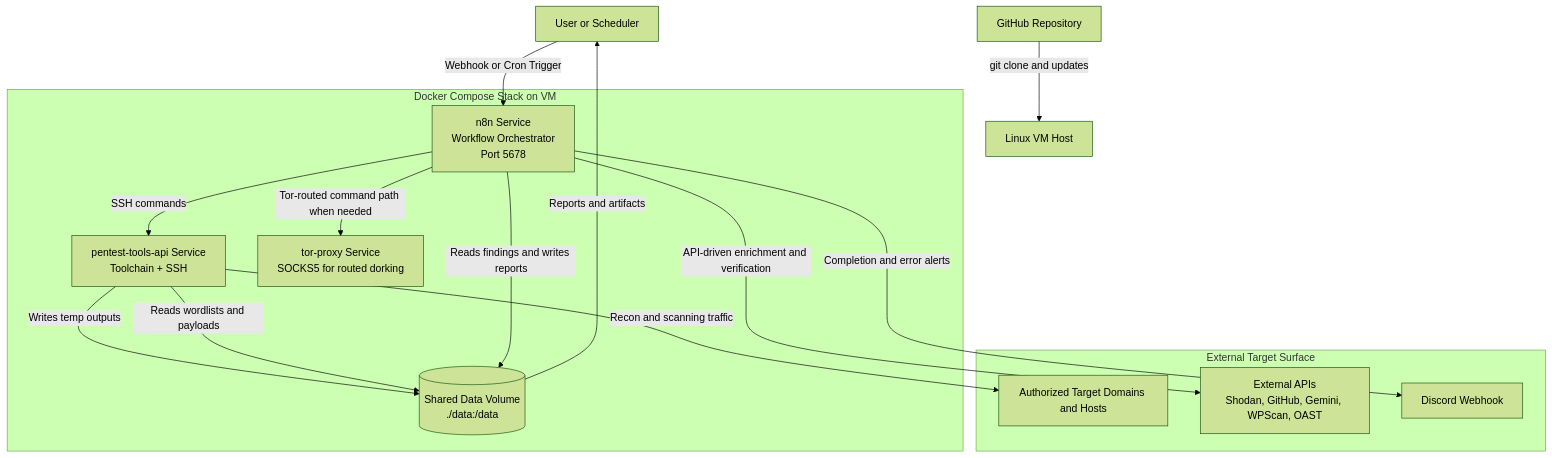
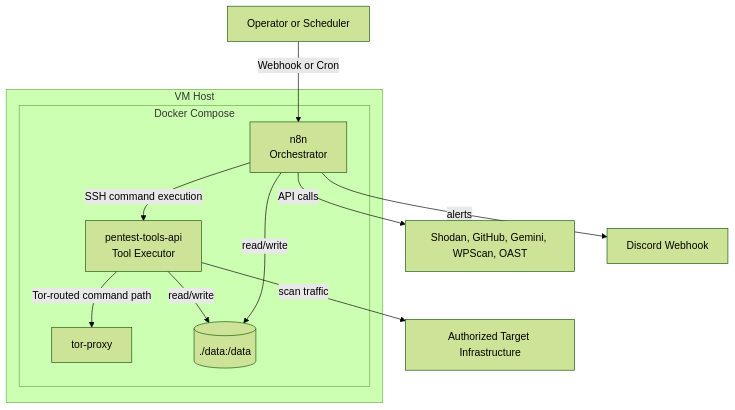
One commit to Shenal01/Hacksm-AutoRecon changed the diagram in TEMP_ARCHITECTURE_EXPLANATION.md. Above: the diagram before and after it, drawn with Mermaid (forest theme). The commit also changed other lines of this file and 1 other file, not shown here.

Commit message:
docs: align architecture diagrams with actual workflow behavior

````diff
--- a/TEMP_ARCHITECTURE_EXPLANATION.md
+++ b/TEMP_ARCHITECTURE_EXPLANATION.md
@@ -45,35 +46,23 @@
 ```mermaid
 flowchart TB
-  U[User or Scheduler]
-  GH[GitHub Repository]
-  VM[Linux VM Host]
+    U[Operator or Scheduler] -->|Webhook or Cron| N8N
 
-  subgraph VMStack[Docker Compose Stack on VM]
-    N8N[n8n Service\nWorkflow Orchestrator\nPort 5678]
-    TOOLS[pentest-tools-api Service\nToolchain + SSH]
-    TOR[tor-proxy Service\nSOCKS5 for routed dorking]
-    VOL[(Shared Data Volume\n./data:/data)]
-  end
+    subgraph VM[VM Host]
+        subgraph DC[Docker Compose]
+            N8N[n8n\nOrchestrator]
+            TOOLS[pentest-tools-api\nTool Executor]
+            TOR[tor-proxy]
+            VOL[(./data:/data)]
+        end
+    end
 
-  subgraph TargetWorld[External Target Surface]
-    TGT[Authorized Target Domains and Hosts]
-    APIs[External APIs\nShodan, GitHub, Gemini, WPScan, OAST]
-    DISCORD[Discord Webhook]
-  end
+    N8N -->|SSH command execution| TOOLS
+    TOOLS -->|Tor-routed command path| TOR
 
-  U -->|Webhook or Cron Trigger| N8N
-  GH -->|git clone and updates| VM
+    TOOLS -->|read/write| VOL
+    N8N -->|read/write| VOL
 
-  N8N -->|SSH commands| TOOLS
-  N8N -->|Tor-routed command path when needed| TOR
-
-  TOOLS -->|Writes temp outputs| VOL
-  TOOLS -->|Reads wordlists and payloads| VOL
-  N8N -->|Reads findings and writes reports| VOL
-
-  TOOLS -->|Recon and scanning traffic| TGT
-  N8N -->|API-driven enrichment and verification| APIs
-  N8N -->|Completion and error alerts| DISCORD
-
-  VOL -->|Reports and artifacts| U
+    TOOLS -->|scan traffic| TARGET[Authorized Target Infrastructure]
+    N8N -->|API calls| API[Shodan, GitHub, Gemini, WPScan, OAST]
+    N8N -->|alerts| DISCORD[Discord Webhook]
 ```
````
